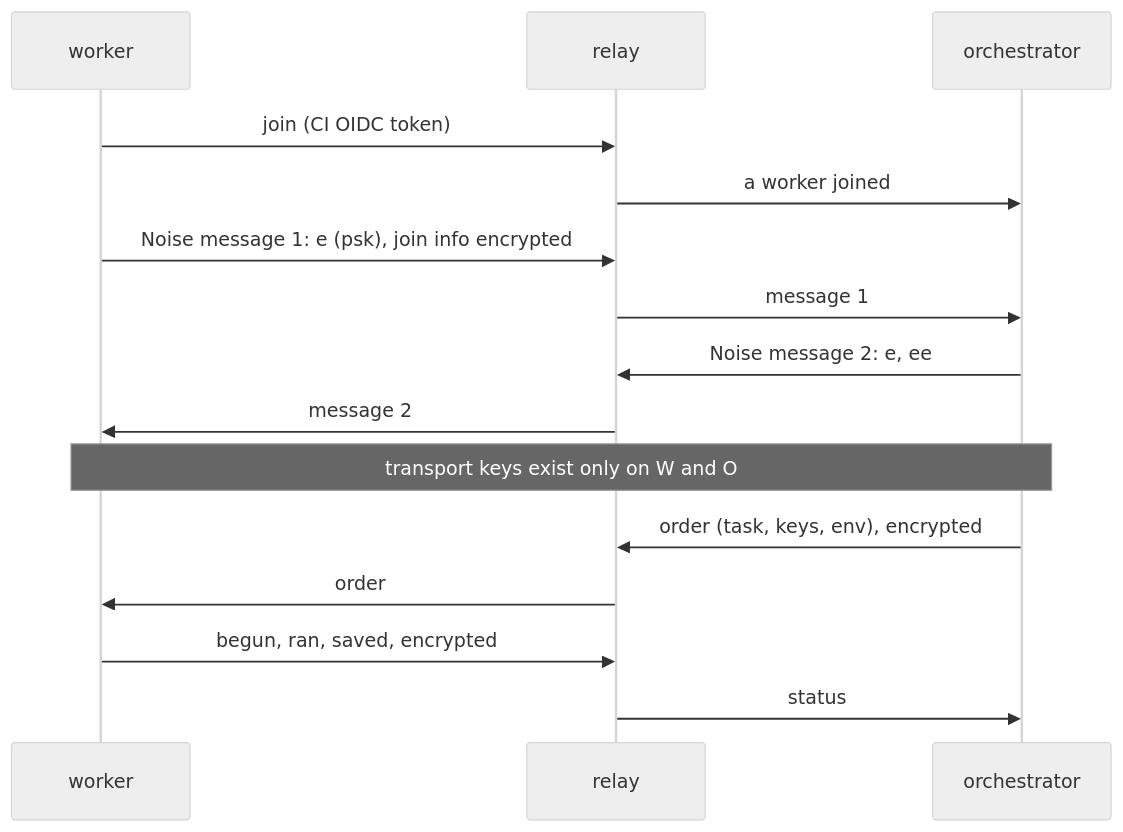
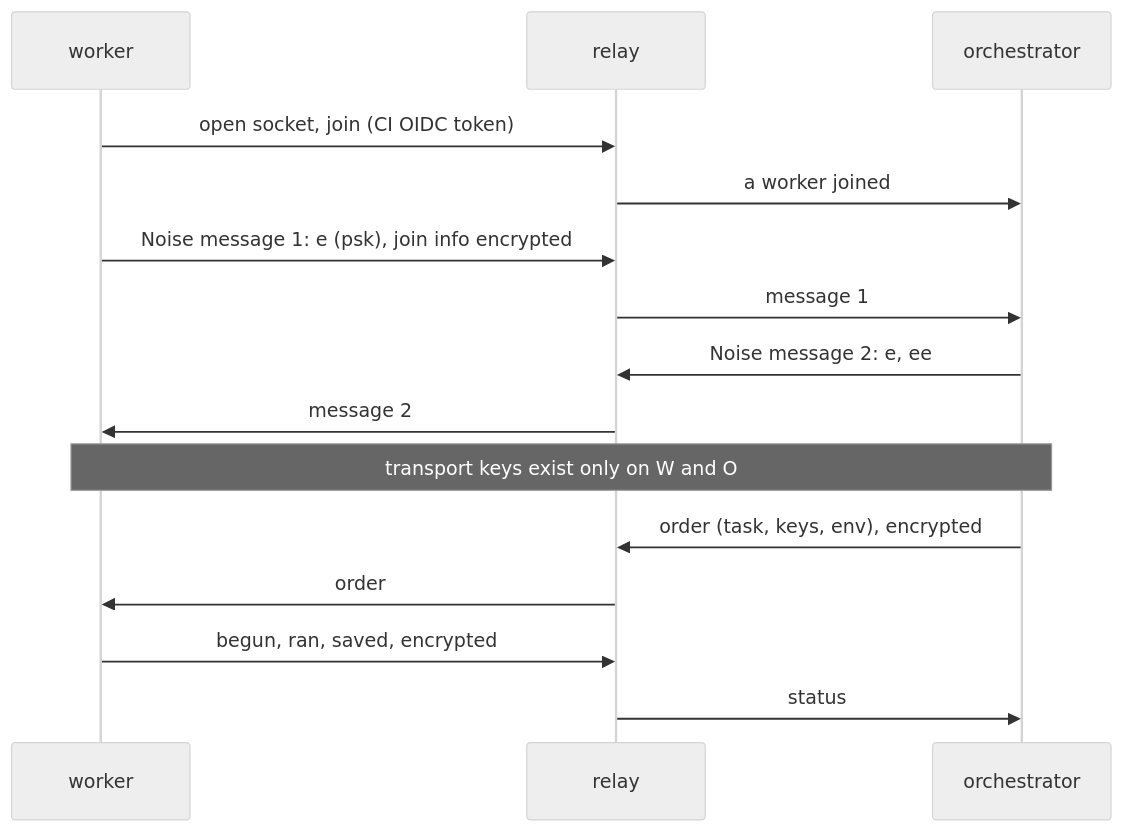
One commit to vznjs/vx changed the third of 4 diagrams in private/vx-docs/src/content/docs/blog/one-run-on-your-own-runners.md. Above: the diagram before and after it, drawn with Mermaid (neutral theme). The commit also changed other lines of this file and 4 other files, not shown here.

````diff
--- a/private/vx-docs/src/content/docs/blog/one-run-on-your-own-runners.md
+++ b/private/vx-docs/src/content/docs/blog/one-run-on-your-own-runners.md
@@ -111,17 +113,17 @@
 ```mermaid
 sequenceDiagram
   participant W as worker
   participant R as relay
   participant O as orchestrator
-  W->>R: join (CI OIDC token)
+  W->>R: open socket, join (CI OIDC token)
   R->>O: a worker joined
   W->>R: Noise message 1: e (psk), join info encrypted
   R->>O: message 1
   O->>R: Noise message 2: e, ee
   R->>W: message 2
   Note over W,O: transport keys exist only on W and O
   O->>R: order (task, keys, env), encrypted
   R->>W: order
   W->>R: begun, ran, saved, encrypted
   R->>O: status
 ```
````
